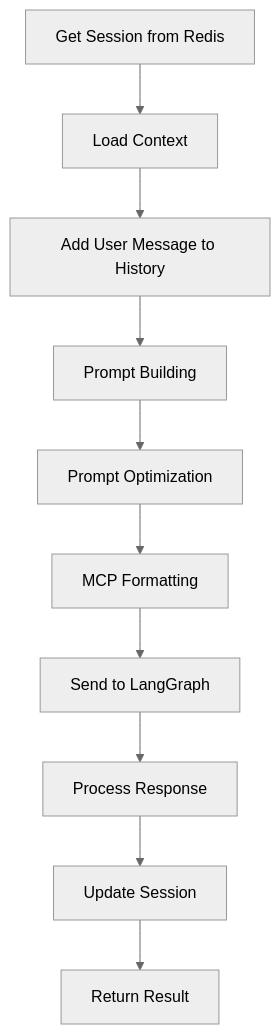
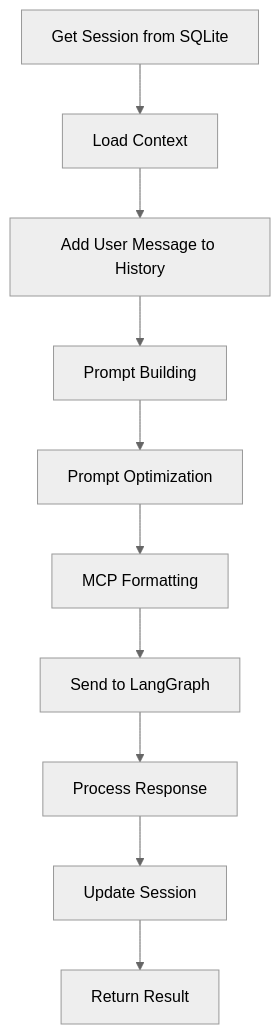
Diagram 11 of 14 in docs/PIPELINE_FLOW.md (Yasser1AITLAZIZ/sfd-clm), drawn with Mermaid (neutral theme) before and after one commit. The commit also changed other lines of this file and 40 other files, not shown here.

````diff
--- a/docs/PIPELINE_FLOW.md
+++ b/docs/PIPELINE_FLOW.md
@@ -279,12 +279,12 @@
 ```mermaid
 flowchart TD
-    A[Get Session from Redis] --> B[Load Context]
+    A[Get Session from SQLite] --> B[Load Context]
     B --> C[Add User Message to History]
     C --> D[Prompt Building]
     D --> E[Prompt Optimization]
     E --> F[MCP Formatting]
     F --> G[Send to LangGraph]
     G --> H[Process Response]
     H --> I[Update Session]
     I --> J[Return Result]
 ```
````
